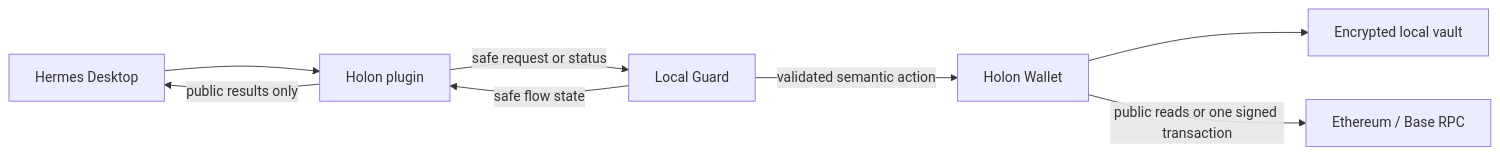
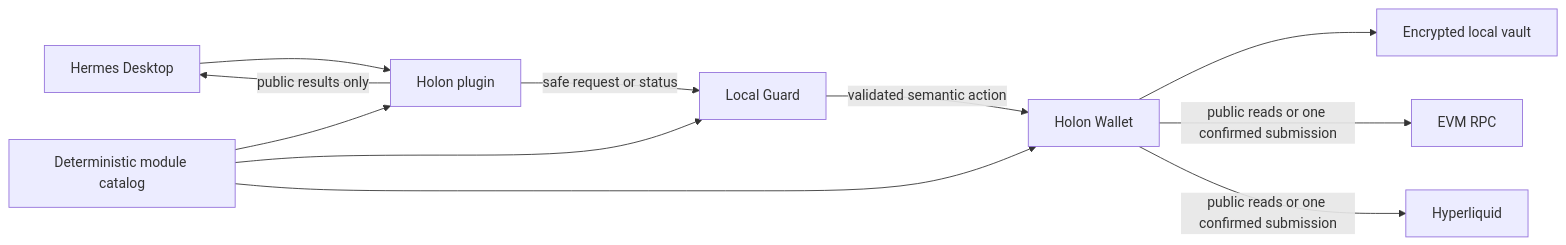
Before and after one commit to yarinka-yyy/holon: the diagram in docs/ARCHITECTURE.md, drawn with Mermaid. The commit also changed other lines of this file and 5 other files, not shown here.

````diff
--- a/docs/ARCHITECTURE.md
+++ b/docs/ARCHITECTURE.md
@@ -5,10 +7,13 @@
 ```mermaid
 flowchart LR
     H["Hermes Desktop"] --> P["Holon plugin"]
     P -->|"safe request or status"| G["Local Guard"]
     G -->|"validated semantic action"| W["Holon Wallet"]
     W --> V["Encrypted local vault"]
-    W -->|"public reads or one signed transaction"| N["Ethereum / Base RPC"]
+    C["Deterministic module catalog"] --> P
+    C --> G
+    C --> W
+    W -->|"public reads or one confirmed submission"| E["EVM RPC"]
+    W -->|"public reads or one confirmed submission"| X["Hyperliquid"]
     P -->|"public results only"| H
-    G -->|"safe flow state"| P
 ```
````
